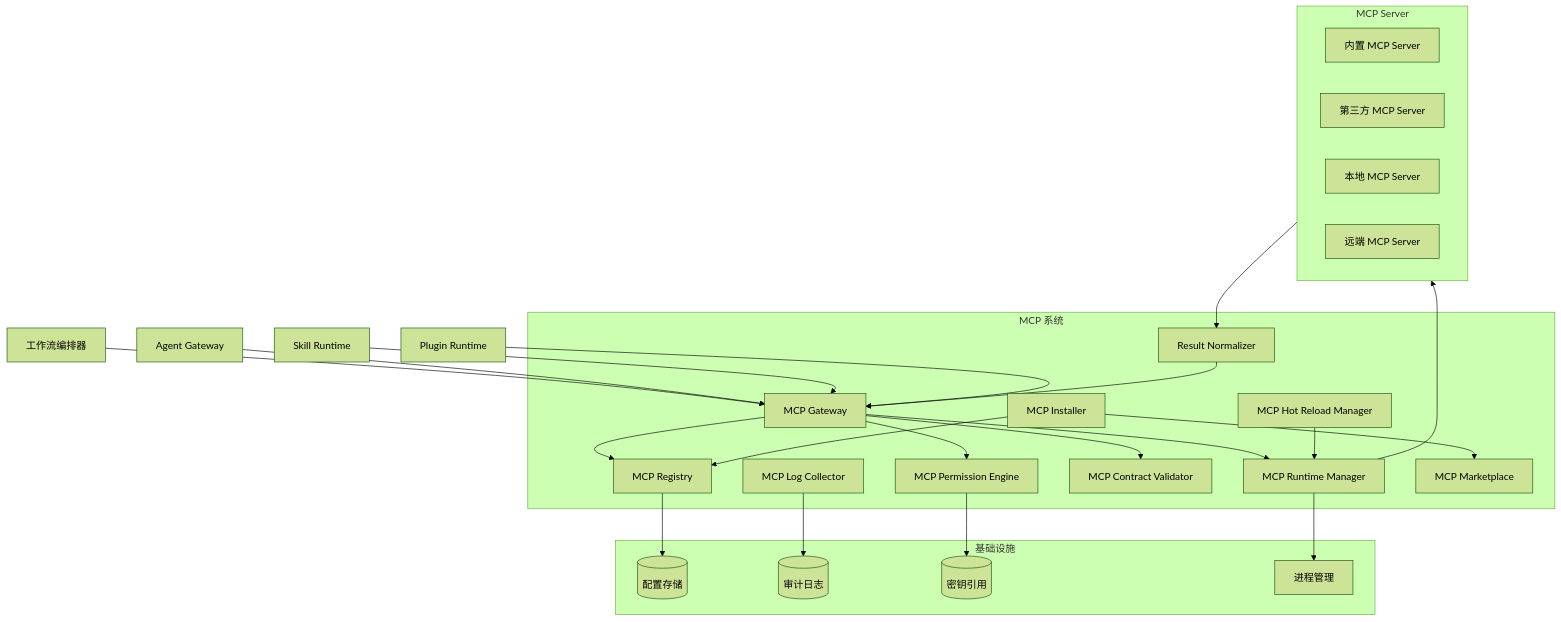
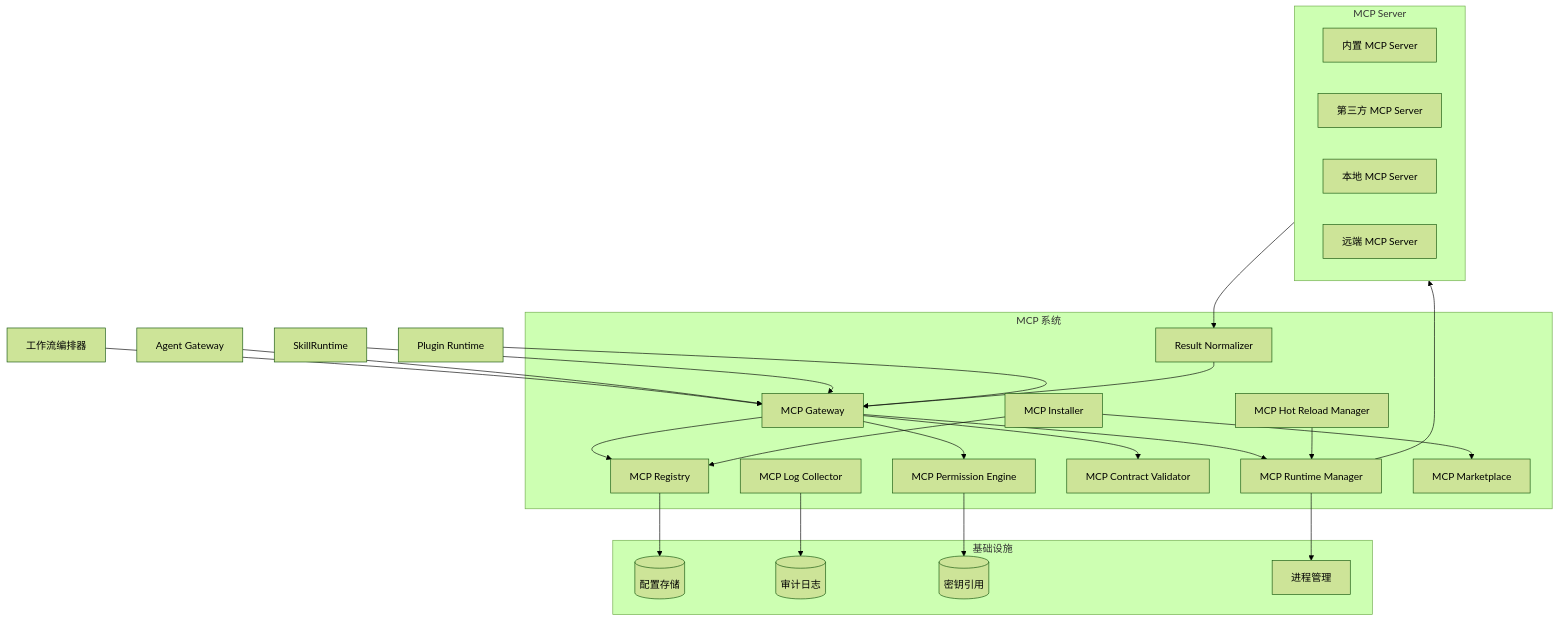
One commit to StanlySGY/Content-Factory changed the first of 11 diagrams in docs/05-mcp/mcp-architecture.md. Above: the diagram before and after it, drawn with Mermaid (forest theme). The commit also changed 5 other files, not shown here.

First line of the commit message:
docs(fix): close architecture observability/realtime/naming gaps (batch 12)

````diff
--- a/docs/05-mcp/mcp-architecture.md
+++ b/docs/05-mcp/mcp-architecture.md
@@ -27,53 +27,53 @@
 ```mermaid
 flowchart TB
     Workflow[工作流编排器]
     Agent[Agent Gateway]
-    Skill[Skill Runtime]
+    Skill[SkillRuntime]
     Plugin[Plugin Runtime]
 
     subgraph MCPSystem[MCP 系统]
         MCPGateway[MCP Gateway]
         Registry[MCP Registry]
         Installer[MCP Installer]
         Runtime[MCP Runtime Manager]
         Permission[MCP Permission Engine]
         Contract[MCP Contract Validator]
         Log[MCP Log Collector]
         HotReload[MCP Hot Reload Manager]
         Marketplace[MCP Marketplace]
         Normalizer[Result Normalizer]
     end
 
     subgraph Servers[MCP Server]
         BuiltIn[内置 MCP Server]
         ThirdParty[第三方 MCP Server]
         Local[本地 MCP Server]
         Remote[远端 MCP Server]
     end
 
     subgraph Infra[基础设施]
         Config[(配置存储)]
         Audit[(审计日志)]
         Secret[(密钥引用)]
         Process[进程管理]
     end
 
     Workflow --> MCPGateway
     Agent --> MCPGateway
     Skill --> MCPGateway
     Plugin --> MCPGateway
     MCPGateway --> Registry
     MCPGateway --> Permission
     MCPGateway --> Contract
     MCPGateway --> Runtime
     Runtime --> Servers
     Servers --> Normalizer
     Normalizer --> MCPGateway
     Installer --> Registry
     Installer --> Marketplace
     Runtime --> Process
     Registry --> Config
     Permission --> Secret
     Log --> Audit
     HotReload --> Runtime
 ```
````
